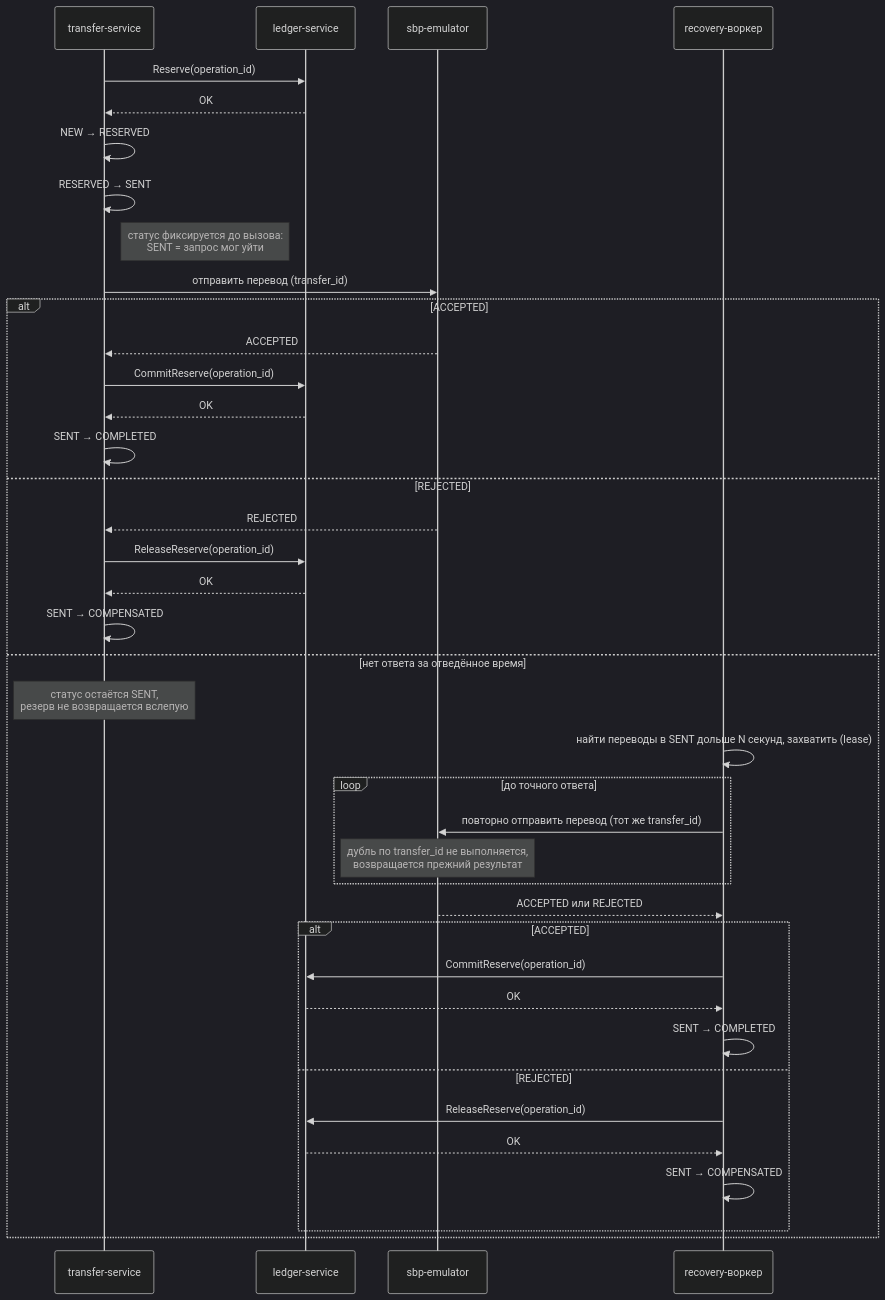
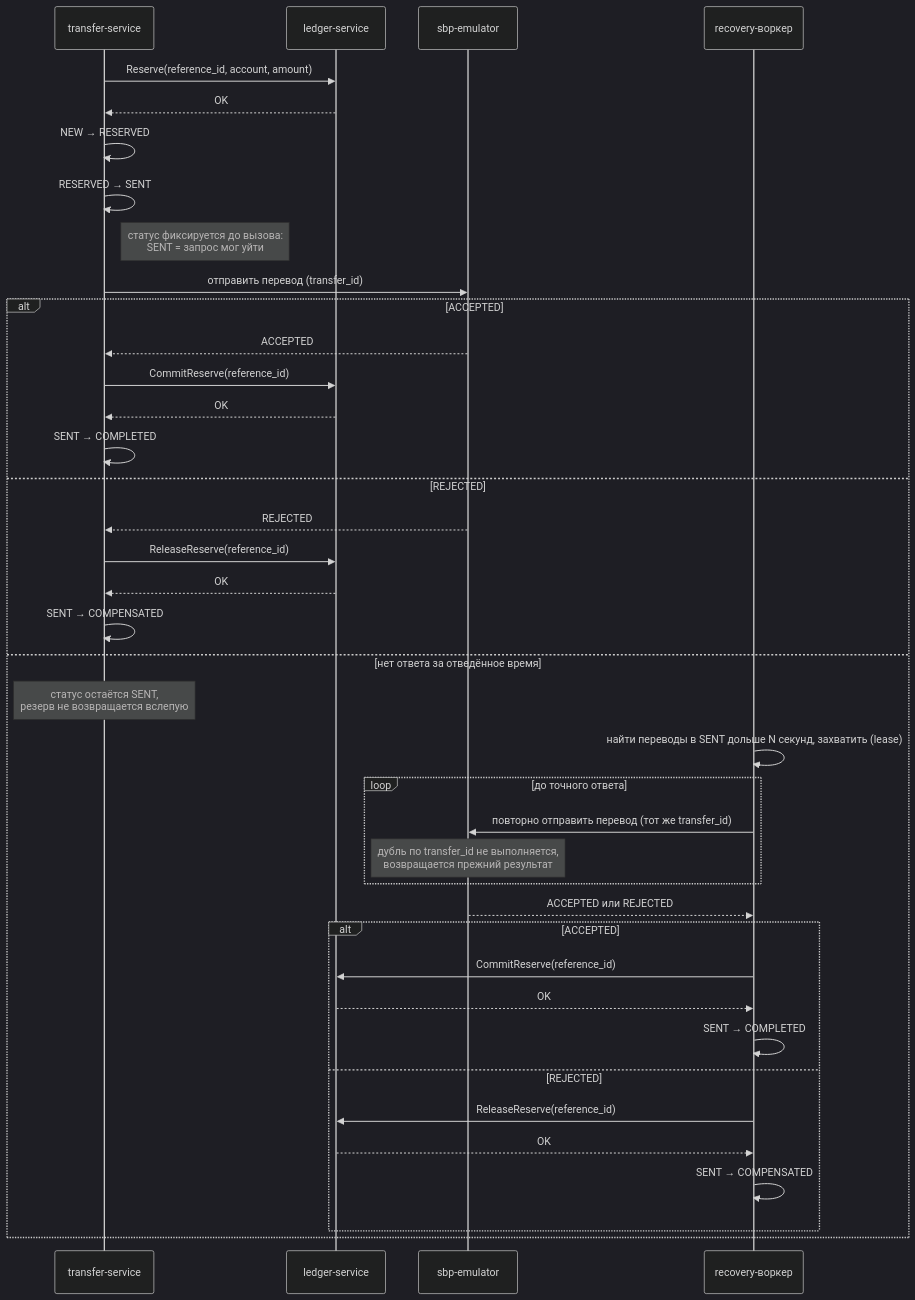
The sixth of 6 diagrams in docs/design-doc.md (HeLeha282/transfers), drawn with Mermaid (dark theme) before and after one commit. The commit also changed other lines of this file and 3 other files, not shown here.

````diff
--- a/docs/design-doc.md
+++ b/docs/design-doc.md
@@ -201,42 +203,42 @@
 ```mermaid
 sequenceDiagram
     participant T as transfer-service
     participant L as ledger-service
     participant S as sbp-emulator
     participant R as recovery-воркер
 
-    T->>L: Reserve(operation_id)
+    T->>L: Reserve(reference_id, account, amount)
     L-->>T: OK
     T->>T: NEW → RESERVED
     T->>T: RESERVED → SENT
     note right of T: статус фиксируется до вызова:<br/>SENT = запрос мог уйти
     T->>S: отправить перевод (transfer_id)
     alt ACCEPTED
         S-->>T: ACCEPTED
-        T->>L: CommitReserve(operation_id)
+        T->>L: CommitReserve(reference_id)
         L-->>T: OK
         T->>T: SENT → COMPLETED
     else REJECTED
         S-->>T: REJECTED
-        T->>L: ReleaseReserve(operation_id)
+        T->>L: ReleaseReserve(reference_id)
         L-->>T: OK
         T->>T: SENT → COMPENSATED
     else нет ответа за отведённое время
         note over T: статус остаётся SENT,<br/>резерв не возвращается вслепую
         R->>R: найти переводы в SENT дольше N секунд, захватить (lease)
         loop до точного ответа
             R->>S: повторно отправить перевод (тот же transfer_id)
             note over S: дубль по transfer_id не выполняется,<br/>возвращается прежний результат
         end
         S-->>R: ACCEPTED или REJECTED
         alt ACCEPTED
-            R->>L: CommitReserve(operation_id)
+            R->>L: CommitReserve(reference_id)
             L-->>R: OK
             R->>R: SENT → COMPLETED
         else REJECTED
-            R->>L: ReleaseReserve(operation_id)
+            R->>L: ReleaseReserve(reference_id)
             L-->>R: OK
             R->>R: SENT → COMPENSATED
         end
     end
 ```
````
